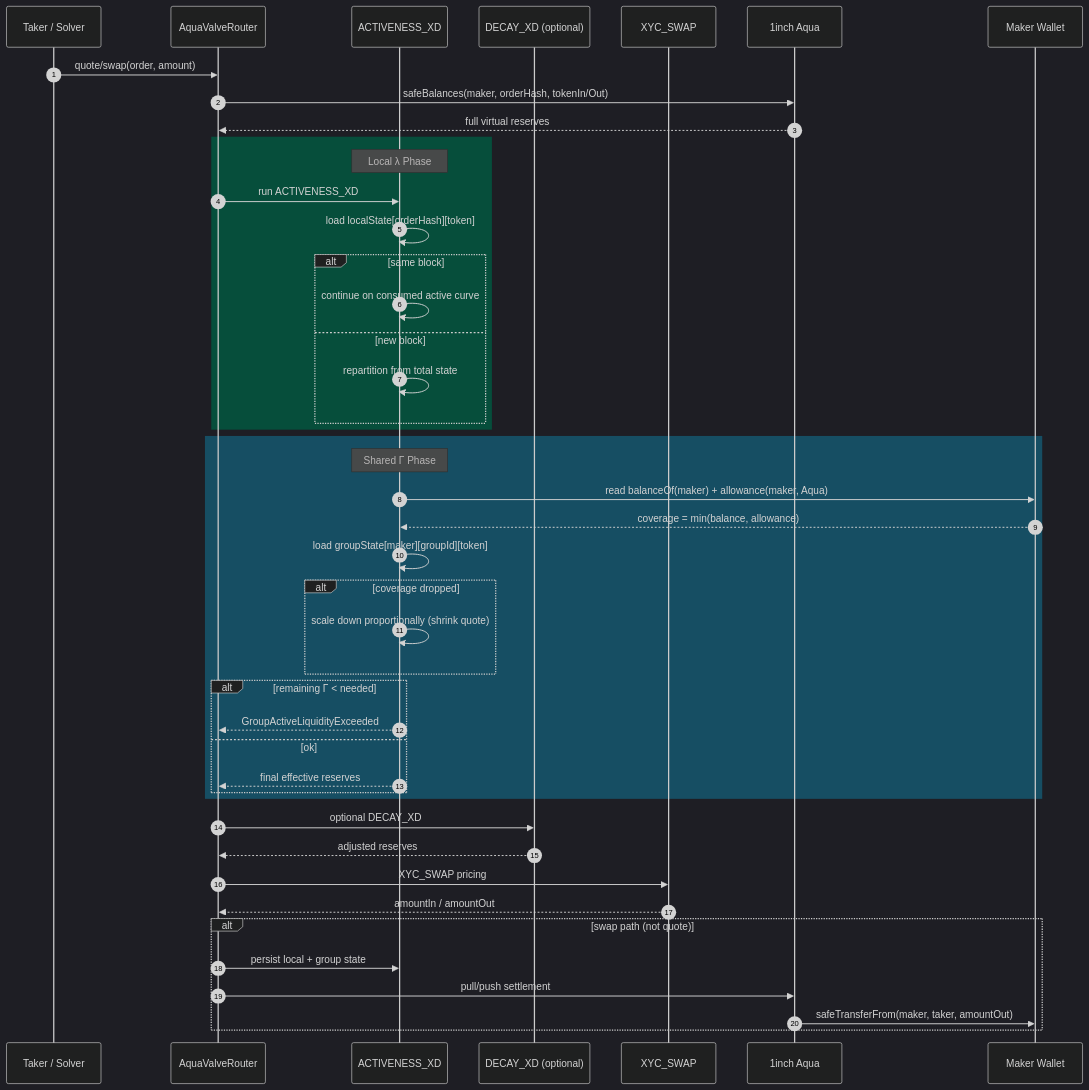
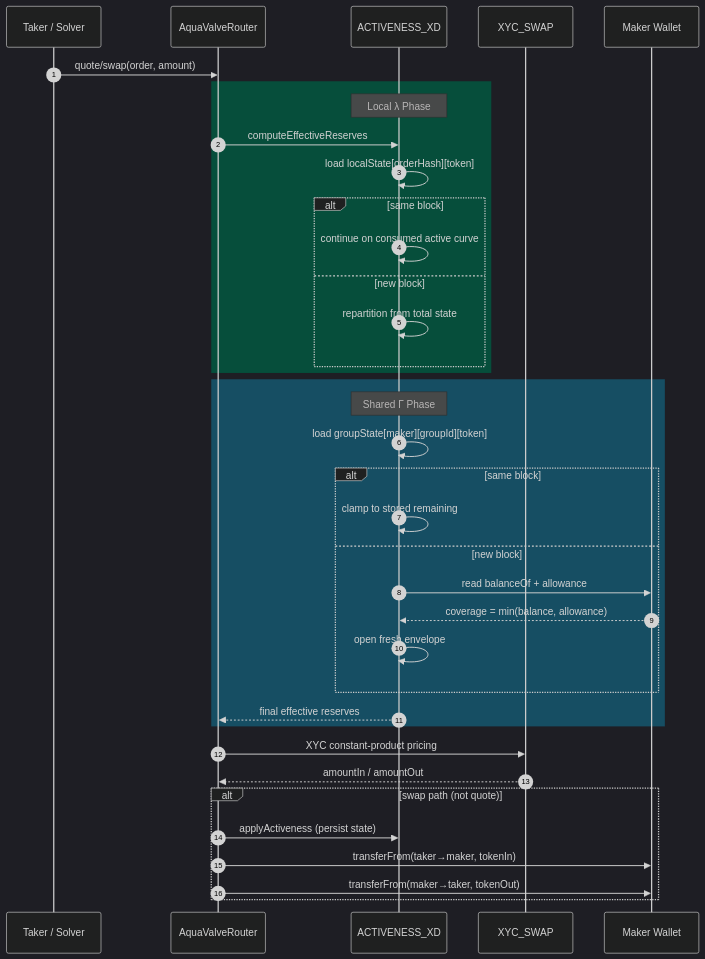
Before and after one commit to angelphoon7/online2026: the diagram in docs/diagrams/02_execution_sequence.mmd, drawn with Mermaid. The commit also changed 32 other files, not shown here.

```diff
--- a/docs/diagrams/02_execution_sequence.mmd
+++ b/docs/diagrams/02_execution_sequence.mmd
@@ -1,63 +1,55 @@
 %%{init: {
   "theme": "dark",
   "themeVariables": {
     "background": "#0b0f14",
     "primaryColor": "#1f2937",
     "primaryTextColor": "#f8fafc",
     "primaryBorderColor": "#64748b",
     "lineColor": "#94a3b8",
     "secondaryColor": "#111827",
     "tertiaryColor": "#0f172a",
     "fontFamily": "Inter, ui-sans-serif, system-ui, sans-serif"
   }
 }}%%
 sequenceDiagram
     autonumber
     participant T as Taker / Solver
     participant R as AquaValveRouter
     participant V as ACTIVENESS_XD
-    participant D as DECAY_XD (optional)
     participant X as XYC_SWAP
-    participant A as 1inch Aqua
     participant M as Maker Wallet
 
     T->>R: quote/swap(order, amount)
-    R->>A: safeBalances(maker, orderHash, tokenIn/Out)
-    A-->>R: full virtual reserves
 
     rect rgb(6,78,59)
         Note over V: Local λ Phase
-        R->>V: run ACTIVENESS_XD
+        R->>V: computeEffectiveReserves
         V->>V: load localState[orderHash][token]
         alt same block
             V->>V: continue on consumed active curve
         else new block
             V->>V: repartition from total state
         end
     end
 
     rect rgb(22,78,99)
         Note over V: Shared Γ Phase
-        V->>M: read balanceOf(maker) + allowance(maker, Aqua)
-        M-->>V: coverage = min(balance, allowance)
         V->>V: load groupState[maker][groupId][token]
-        alt coverage dropped
-            V->>V: scale down proportionally (shrink quote)
+        alt same block
+            V->>V: clamp to stored remaining
+        else new block
+            V->>M: read balanceOf + allowance
+            M-->>V: coverage = min(balance, allowance)
+            V->>V: open fresh envelope
         end
-        alt remaining Γ < needed
-            V-->>R: GroupActiveLiquidityExceeded
-        else ok
-            V-->>R: final effective reserves
-        end
+        V-->>R: final effective reserves
     end
 
-    R->>D: optional DECAY_XD
-    D-->>R: adjusted reserves
-    R->>X: XYC_SWAP pricing
+    R->>X: XYC constant-product pricing
     X-->>R: amountIn / amountOut
 
     alt swap path (not quote)
-        R->>V: persist local + group state
-        R->>A: pull/push settlement
-        A->>M: safeTransferFrom(maker, taker, amountOut)
+        R->>V: applyActiveness (persist state)
+        R->>M: transferFrom(taker→maker, tokenIn)
+        R->>M: transferFrom(maker→taker, tokenOut)
     end
```
